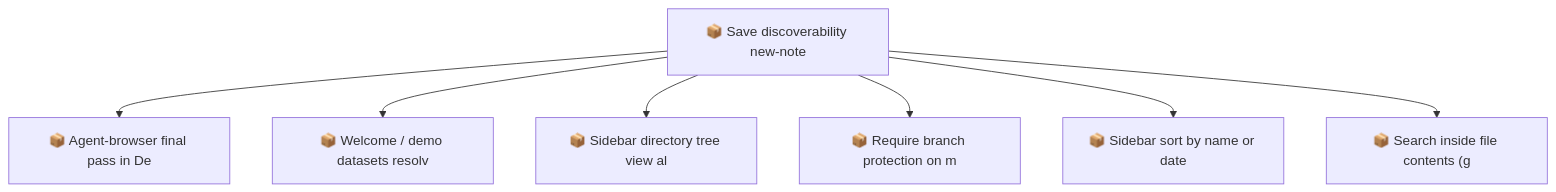
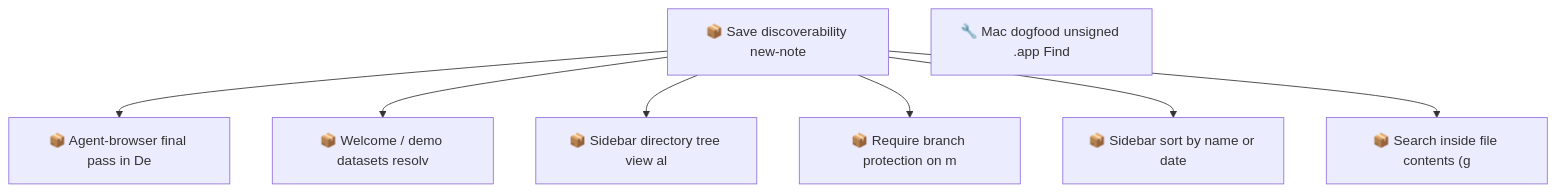
One commit to SpillwaveSolutions/motion changed the second of 2 diagrams in docs/roadmap.md. Above: the diagram before and after it, drawn with Mermaid. The commit also changed other lines of this file and 47 other files, not shown here.

````diff
--- a/docs/roadmap.md
+++ b/docs/roadmap.md
@@ -69,16 +84,17 @@
 ```mermaid
 graph TD
     01KYQYYN3SBWDT25TC6H3G4EAA["📦 Save discoverability new-note"]
     01KYQYYN3T2SSGG33ESEWPXKH8["📦 Agent-browser final pass in De"]
     01KYQYYN3T3VB8RCTMJJ13FK2H["📦 Welcome / demo datasets resolv"]
     01KYQYYN3T5W49QH05WCCYX7CE["📦 Sidebar directory tree view al"]
     01KYQYYN3T731B57N8NXQ8C0FQ["📦 Require branch protection on m"]
     01KYQYYN3TA69K8848E483HC82["📦 Sidebar sort by name or date"]
     01KYQYYN3TKW93D9SVW07VKFZY["📦 Search inside file contents (g"]
+    01M18Q560MPAYQJTA0W6F4DAW3["🔧 Mac dogfood unsigned .app Find"]
     01KYQYYN3SBWDT25TC6H3G4EAA --> 01KYQYYN3T2SSGG33ESEWPXKH8
     01KYQYYN3SBWDT25TC6H3G4EAA --> 01KYQYYN3T3VB8RCTMJJ13FK2H
     01KYQYYN3SBWDT25TC6H3G4EAA --> 01KYQYYN3T5W49QH05WCCYX7CE
     01KYQYYN3SBWDT25TC6H3G4EAA --> 01KYQYYN3T731B57N8NXQ8C0FQ
     01KYQYYN3SBWDT25TC6H3G4EAA --> 01KYQYYN3TA69K8848E483HC82
     01KYQYYN3SBWDT25TC6H3G4EAA --> 01KYQYYN3TKW93D9SVW07VKFZY
 ```
````
